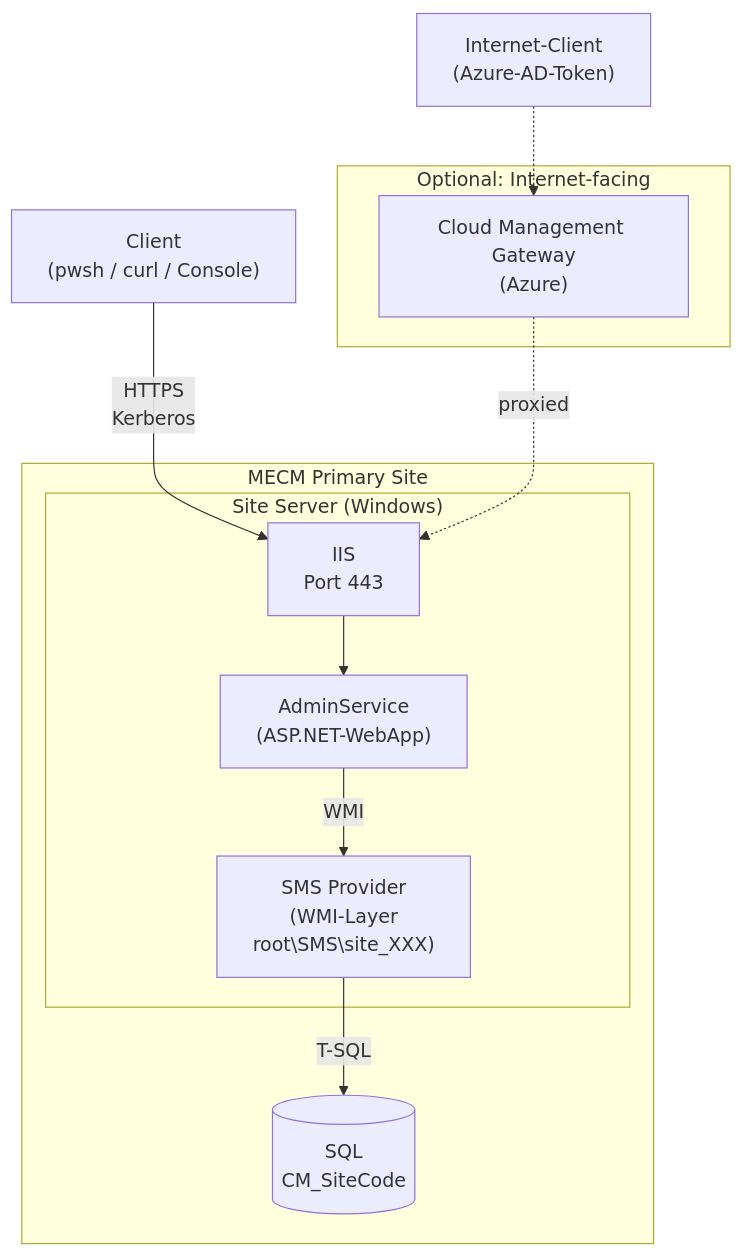
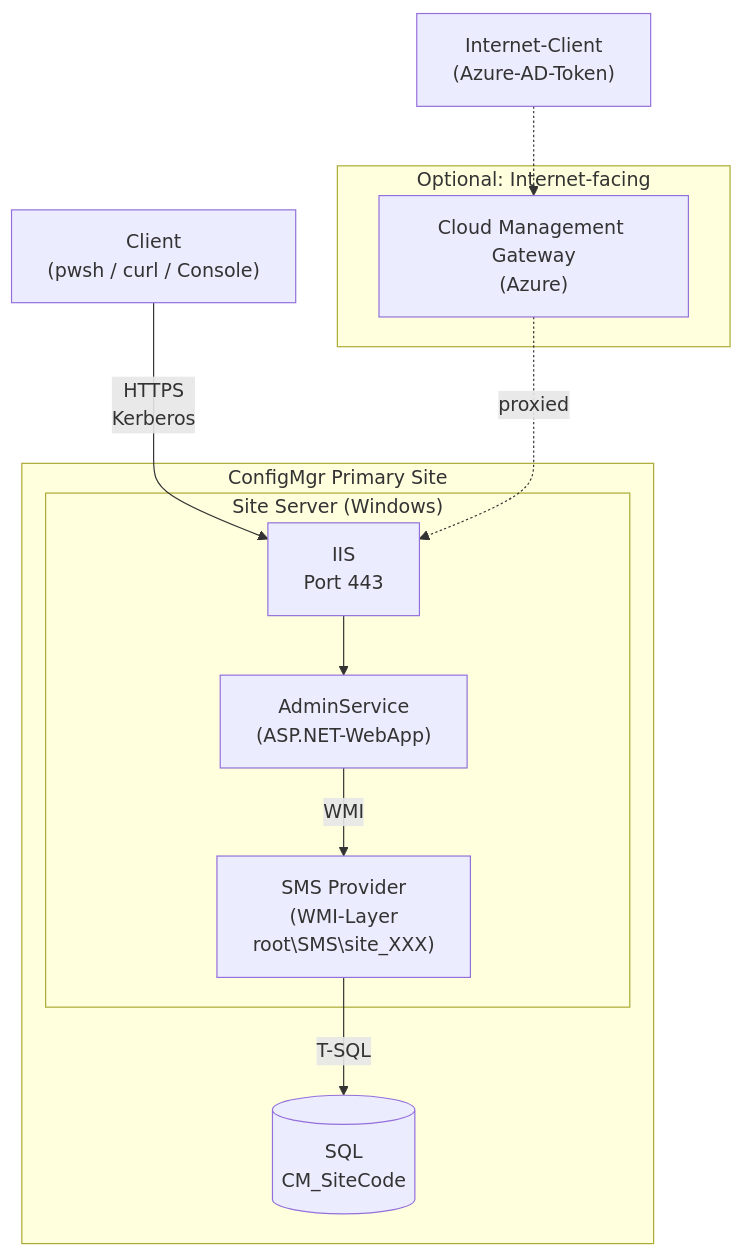
One commit to monoeagle/lucent-job-mecm-ps-connect changed the first of 2 diagrams in docs/adminservice.md. Above: the diagram before and after it, drawn with Mermaid. The commit also changed other lines of this file and 22 other files, not shown here.

First line of the commit message:
Rename MECM -> ConfigMgr; add naming history and 2026 compat check

````diff
--- a/docs/adminservice.md
+++ b/docs/adminservice.md
@@ -22,22 +22,22 @@
 ```mermaid
 flowchart TB
-    subgraph Site["MECM Primary Site"]
+    subgraph Site["ConfigMgr Primary Site"]
         subgraph SiteServer["Site Server (Windows)"]
             IIS["IIS<br/>Port 443"]
             AS["AdminService<br/>(ASP.NET-WebApp)"]
             SMSProv["SMS Provider<br/>(WMI-Layer<br/>root\SMS\site_XXX)"]
             IIS --> AS
             AS -- WMI --> SMSProv
         end
         DB[(SQL<br/>CM_SiteCode)]
         SMSProv -- T-SQL --> DB
     end
 
     Client["Client<br/>(pwsh / curl / Console)"] -- HTTPS<br/>Kerberos --> IIS
 
     subgraph Optional["Optional: Internet-facing"]
         CMG["Cloud Management Gateway<br/>(Azure)"]
         CMG -. proxied .-> IIS
     end
     InternetClient["Internet-Client<br/>(Azure-AD-Token)"] -.-> CMG
 ```
````
